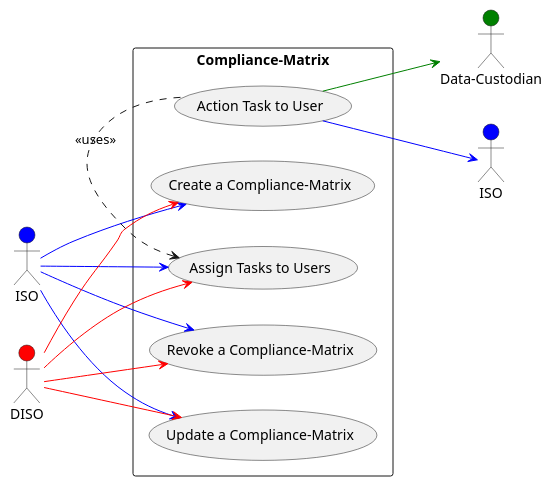
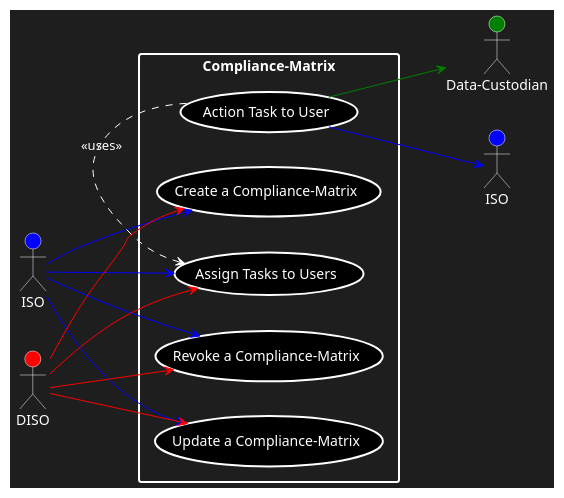
One commit to COS301-SE-2023/InfoSafe changed the diagram in Documentation/Diagrams/Compliance-Matrix.puml. Above: the diagram before and after it, drawn with PlantUML.

Commit message:
Updated Compliance-Matrix

```diff
--- a/Documentation/Diagrams/Compliance-Matrix.puml
+++ b/Documentation/Diagrams/Compliance-Matrix.puml
@@ -1,25 +1,26 @@
 @startuml
+skinparam backgroundColor #1e1e1e
 left to right direction
-actor "Data-Custodian" as dc #green
-actor "ISO" as iso #blue
-actor "ISO" as iso2 #blue
-actor "DISO" as diso #red
-rectangle Compliance-Matrix {
-  usecase "Create a Compliance-Matrix" as UC1
-  usecase "Update a Compliance-Matrix" as UC2
-  usecase "Revoke a Compliance-Matrix" as UC3
-  usecase "Assign Tasks to Users" as UC4
-  usecase "Action Task to User" as UC5
+actor "Data-Custodian" as dc #green;text:white;line:white
+actor "ISO" as iso #blue;text:white;line:white
+actor "ISO" as iso2 #blue;text:white;line:white
+actor "DISO" as diso #red;text:white;line:white
+rectangle Compliance-Matrix #text:white;line.bold;line:white {
+  usecase "Create a Compliance-Matrix" as UC1 #black;text:white;line.bold;line:white
+  usecase "Update a Compliance-Matrix" as UC2 #black;text:white;line.bold;line:white
+  usecase "Revoke a Compliance-Matrix" as UC3 #black;text:white;line.bold;line:white
+  usecase "Assign Tasks to Users" as UC4 #black;text:white;line.bold;line:white
+  usecase "Action Task to User" as UC5 #black;text:white;line.bold;line:white
 }
 iso -[#blue]-> UC1
 iso -[#blue]-> UC2
 iso -[#blue]-> UC3
 iso -[#blue]-> UC4
 diso -[#red]-> UC1
 diso -[#red]-> UC2
 diso -[#red]-> UC3
 diso -[#red]-> UC4
 UC5 -[#green]-> dc
 UC5 -[#blue]-> iso2
-UC4 <. UC5 : <<uses>>
+UC4 <. (UC5) #line:white;text:white : <<uses>>
 @enduml
```
